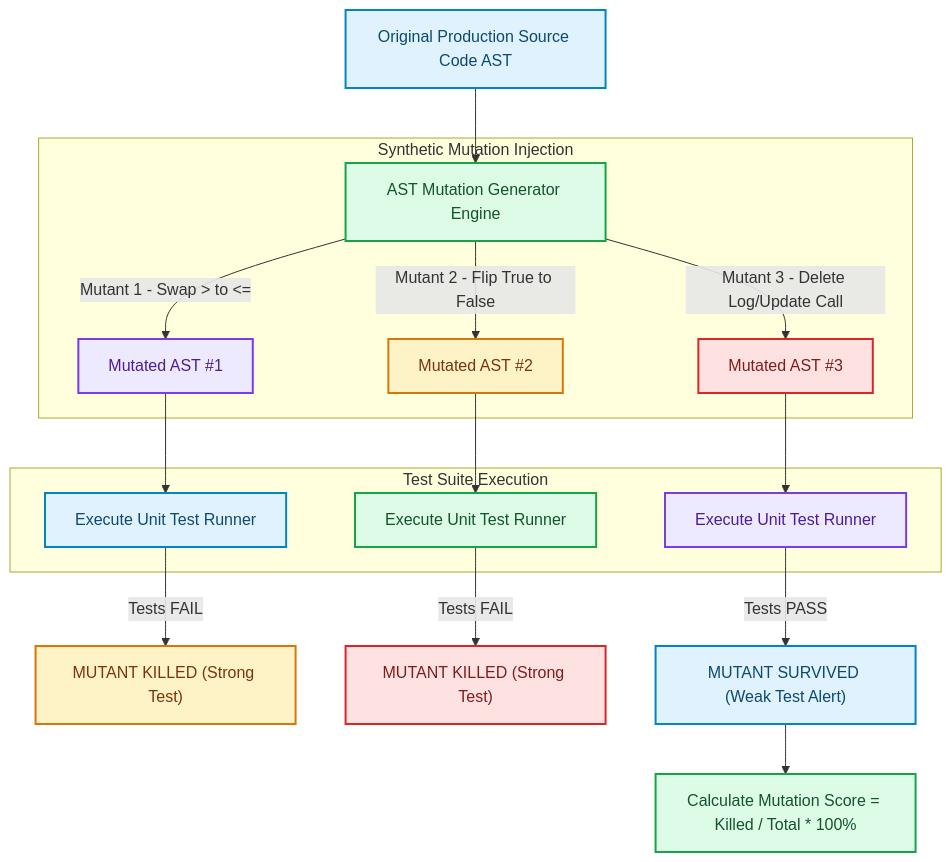
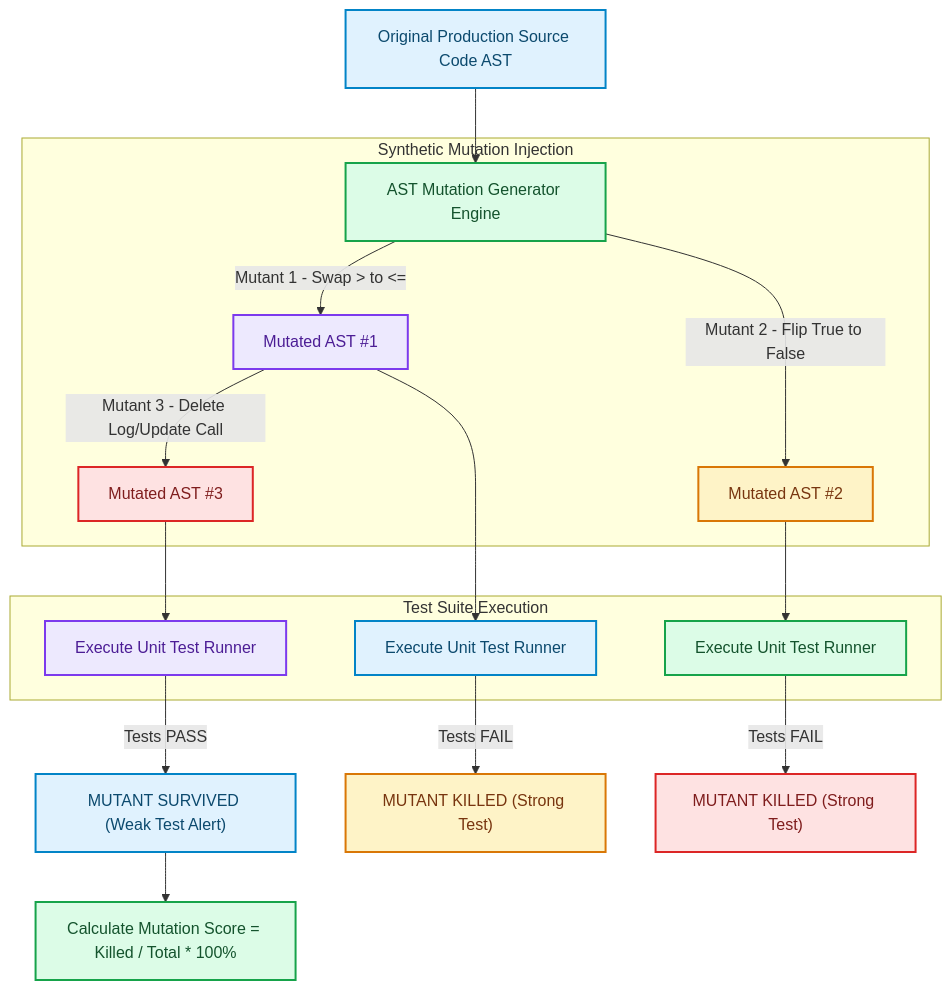
One commit to akmalkhaniub/akmalkhaniub.github.io changed the diagram in blog/posts/mutation-testing-ai-codebases-detecting-silent-logic-bugs.md. Above: the diagram before and after it, drawn with Mermaid. The commit also changed other lines of this file and 894 other files, not shown here.

Commit message:
feat(blog): upgrade all 444 posts with unique staggered dates, 2-col Mermaid spines, benchmark tables, code blocks, and trade-offs

````diff
--- a/blog/posts/mutation-testing-ai-codebases-detecting-silent-logic-bugs.md
+++ b/blog/posts/mutation-testing-ai-codebases-detecting-silent-logic-bugs.md
@@ -19,33 +19,33 @@
 ```mermaid
 flowchart TD
   A["Original Production Source Code AST"] --> B["AST Mutation Generator Engine"]
   
   subgraph SG1_SyntheticMutationInjection ["Synthetic Mutation Injection"]
     B -->|Mutant 1 - Swap > to <=| C["Mutated AST #1"]
     B -->|Mutant 2 - Flip True to False| D["Mutated AST #2"]
-    B -->|Mutant 3 - Delete Log/Update Call| E["Mutated AST #3"]
+    C --> |Mutant 3 - Delete Log/Update Call| E["Mutated AST #3"]
   end
   
   subgraph SG2_TestSuiteExecution ["Test Suite Execution"]
     C --> F["Execute Unit Test Runner"]
     D --> G["Execute Unit Test Runner"]
     E --> H["Execute Unit Test Runner"]
   end
   
   F -->|Tests FAIL| I[" MUTANT KILLED (Strong Test)"]
   G -->|Tests FAIL| J[" MUTANT KILLED (Strong Test)"]
   H -->|Tests PASS| K[" MUTANT SURVIVED (Weak Test Alert)"]
   
   K --> L["Calculate Mutation Score = Killed / Total * 100%"]
 
 classDef green fill:#dcfce7,stroke:#16a34a,stroke-width:2px,color:#14532d;
 classDef red fill:#fee2e2,stroke:#dc2626,stroke-width:2px,color:#7f1d1d;
 classDef blue fill:#e0f2fe,stroke:#0284c7,stroke-width:2px,color:#0c4a6e;
 classDef yellow fill:#fef3c7,stroke:#d97706,stroke-width:2px,color:#78350f;
 classDef purple fill:#ede9fe,stroke:#7c3aed,stroke-width:2px,color:#4c1d95;
 class A,F,K blue
 class B,G,L green
 class C,H purple
 class D,I yellow
 class E,J red
 ```
````
